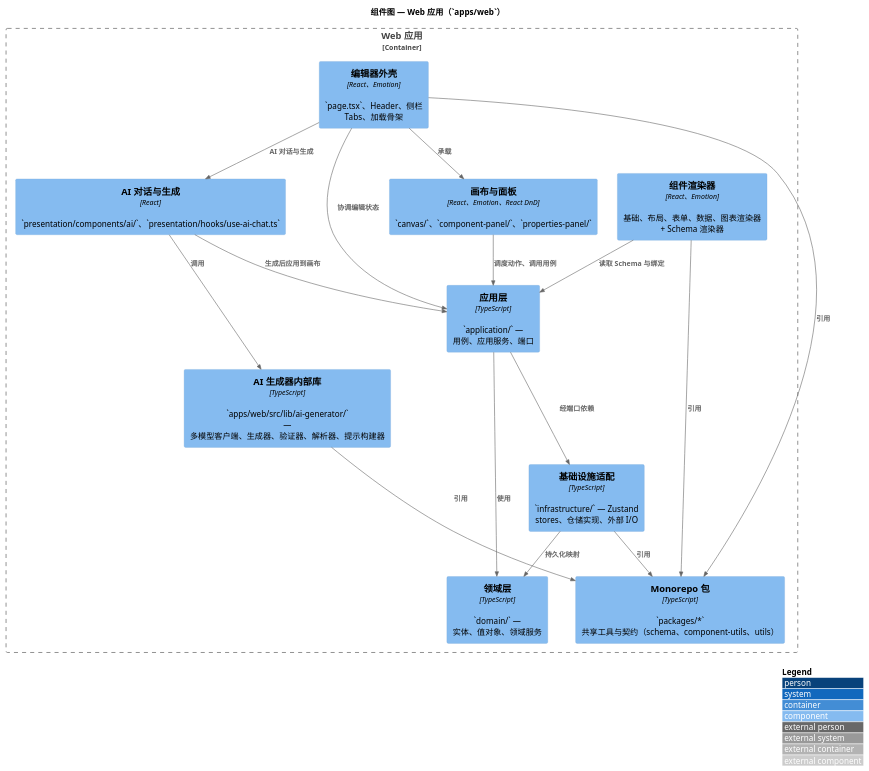
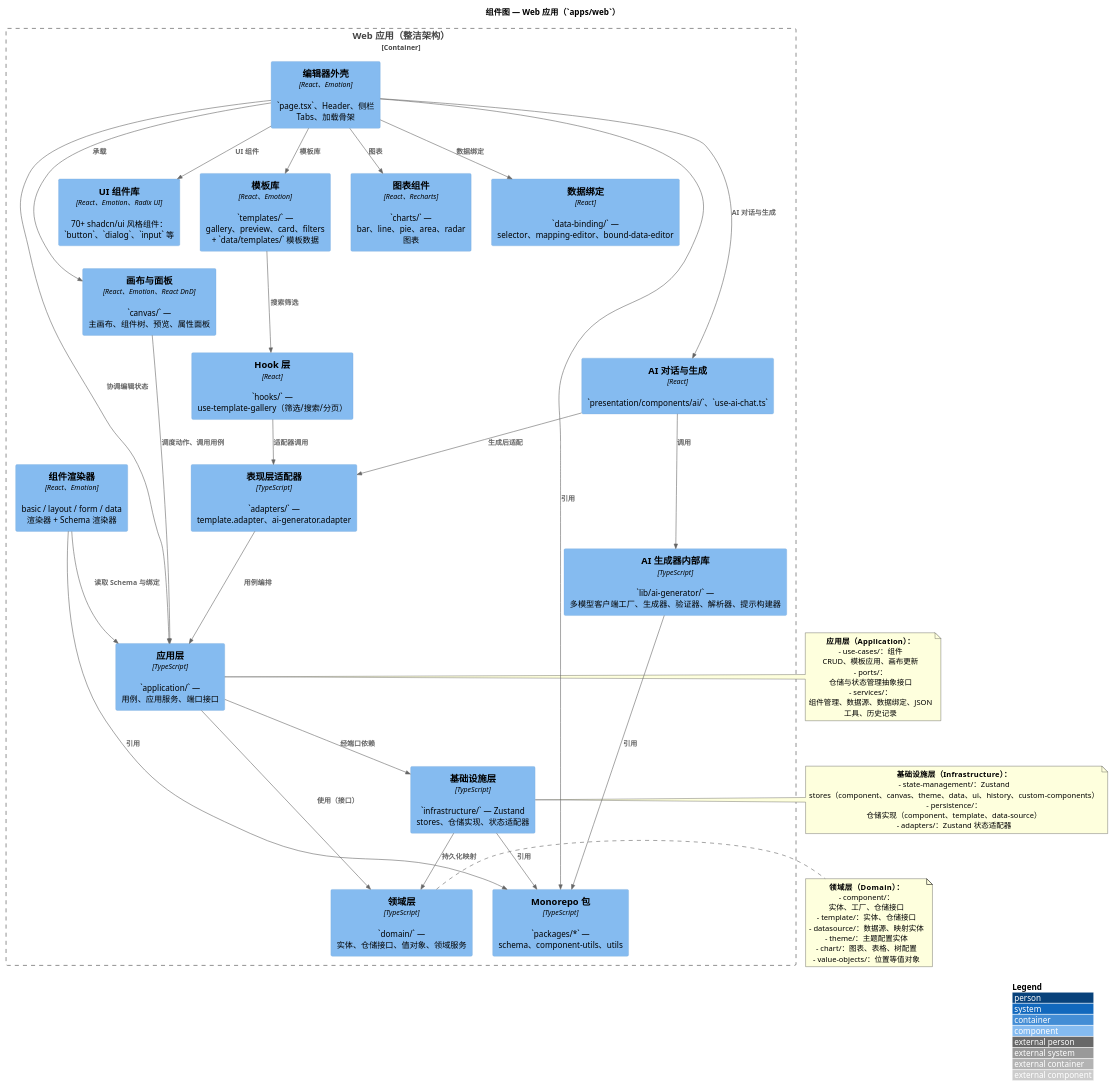
One commit to felixzhu97/low-code-platform changed the diagram in docs/zh/architecture/c4/c4-component.puml. Above: the diagram before and after it, drawn with PlantUML. The commit also changed 43 other files, not shown here.

First line of the commit message:
refactor: split templates.ts into category files + update architecture docs

```diff
--- a/docs/zh/architecture/c4/c4-component.puml
+++ b/docs/zh/architecture/c4/c4-component.puml
@@ -1,35 +1,72 @@
 @startuml c4-component-web-felix-zh
 !include https://raw.githubusercontent.com/plantuml-stdlib/C4-PlantUML/master/C4_Component.puml
 
 LAYOUT_WITH_LEGEND()
 
 title 组件图 — Web 应用（`apps/web`）
 
-Container_Boundary(web, "Web 应用") {
+Container_Boundary(web, "Web 应用（整洁架构）") {
     Component(shell, "编辑器外壳", "React、Emotion", "`page.tsx`、Header、侧栏 Tabs、加载骨架")
-    Component(canvas, "画布与面板", "React、Emotion、React DnD", "`canvas/`、`component-panel/`、`properties-panel/`")
-    Component(renderers, "组件渲染器", "React、Emotion", "基础、布局、表单、数据、图表渲染器 + Schema 渲染器")
-    Component(ai, "AI 对话与生成", "React", "`presentation/components/ai/`、`presentation/hooks/use-ai-chat.ts`")
-    Component(app, "应用层", "TypeScript", "`application/` — 用例、应用服务、端口")
-    Component(domain, "领域层", "TypeScript", "`domain/` — 实体、值对象、领域服务")
-    Component(infra, "基础设施适配", "TypeScript", "`infrastructure/` — Zustand stores、仓储实现、外部 I/O")
-    Component(packages, "Monorepo 包", "TypeScript", "`packages/*` 共享工具与契约（schema、component-utils、utils）")
-    Component(lib_ai, "AI 生成器内部库", "TypeScript", "`apps/web/src/lib/ai-generator/` — 多模型客户端、生成器、验证器、解析器、提示构建器")
+    Component(canvas, "画布与面板", "React、Emotion、React DnD", "`canvas/` — 主画布、组件树、预览、属性面板")
+    Component(renderers, "组件渲染器", "React、Emotion", "basic / layout / form / data 渲染器 + Schema 渲染器")
+    Component(ui, "UI 组件库", "React、Emotion、Radix UI", "70+ shadcn/ui 风格组件：`button`、`dialog`、`input` 等")
+    Component(templates, "模板库", "React、Emotion", "`templates/` — gallery、preview、card、filters + `data/templates/` 模板数据")
+    Component(charts, "图表组件", "React、Recharts", "`charts/` — bar、line、pie、area、radar 图表")
+    Component(data_binding, "数据绑定", "React", "`data-binding/` — selector、mapping-editor、bound-data-editor")
+    Component(ai, "AI 对话与生成", "React", "`presentation/components/ai/`、`use-ai-chat.ts`")
+    Component(hooks, "Hook 层", "React", "`hooks/` — use-template-gallery（筛选/搜索/分页）")
+    Component(adapters, "表现层适配器", "TypeScript", "`adapters/` — template.adapter、ai-generator.adapter")
+    Component(app, "应用层", "TypeScript", "`application/` — 用例、应用服务、端口接口")
+    Component(domain, "领域层", "TypeScript", "`domain/` — 实体、仓储接口、值对象、领域服务")
+    Component(infra, "基础设施层", "TypeScript", "`infrastructure/` — Zustand stores、仓储实现、状态适配器")
+    Component(packages, "Monorepo 包", "TypeScript", "`packages/*` — schema、component-utils、utils")
+    Component(lib_ai, "AI 生成器内部库", "TypeScript", "`lib/ai-generator/` — 多模型客户端工厂、生成器、验证器、解析器、提示构建器")
 }
 
 Rel(shell, canvas, "承载")
 Rel(canvas, app, "调度动作、调用用例")
+Rel(shell, templates, "模板库")
+Rel(templates, hooks, "搜索筛选")
+Rel(hooks, adapters, "适配器调用")
+Rel(shell, charts, "图表")
+Rel(shell, data_binding, "数据绑定")
 Rel(shell, ai, "AI 对话与生成")
-Rel(ai, app, "生成后应用到画布")
+Rel(ai, adapters, "生成后适配")
 Rel(ai, lib_ai, "调用")
+Rel(adapters, app, "用例编排")
 Rel(renderers, app, "读取 Schema 与绑定")
+Rel(shell, ui, "UI 组件")
 Rel(shell, app, "协调编辑状态")
-Rel(app, domain, "使用")
+Rel(app, domain, "使用（接口）")
 Rel(app, infra, "经端口依赖")
 Rel(infra, domain, "持久化映射")
 Rel(infra, packages, "引用")
 Rel(shell, packages, "引用")
 Rel(renderers, packages, "引用")
 Rel(lib_ai, packages, "引用")
 
+note right of app
+  **应用层（Application）：**
+  - use-cases/：组件 CRUD、模板应用、画布更新
+  - ports/：仓储与状态管理抽象接口
+  - services/：组件管理、数据源、数据绑定、JSON 工具、历史记录
+end note
+
+note right of domain
+  **领域层（Domain）：**
+  - component/：实体、工厂、仓储接口
+  - template/：实体、仓储接口
+  - datasource/：数据源、映射实体
+  - theme/：主题配置实体
+  - chart/：图表、表格、树配置
+  - value-objects/：位置等值对象
+end note
+
+note right of infra
+  **基础设施层（Infrastructure）：**
+  - state-management/：Zustand stores（component、canvas、theme、data、ui、history、custom-components）
+  - persistence/：仓储实现（component、template、data-source）
+  - adapters/：Zustand 状态适配器
+end note
+
 @enduml
```
